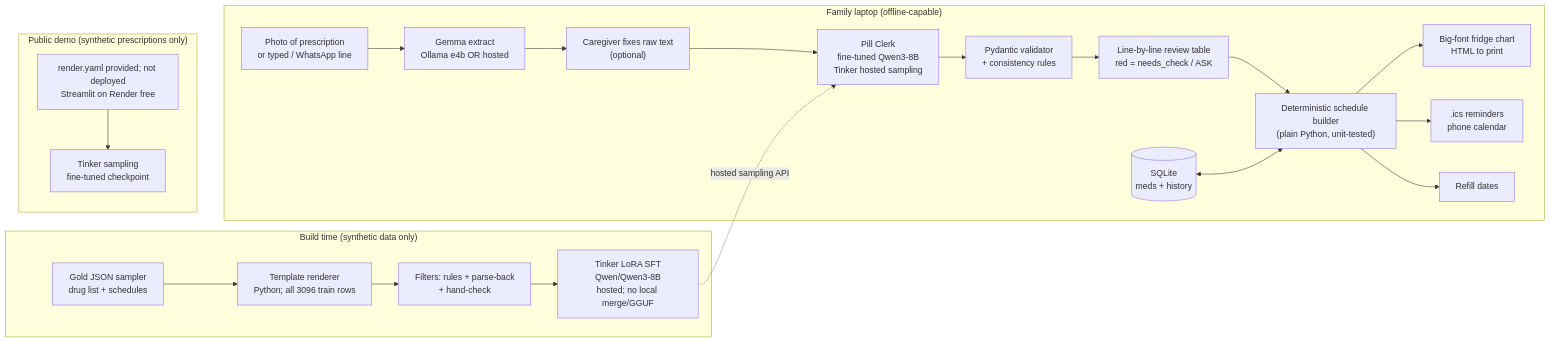
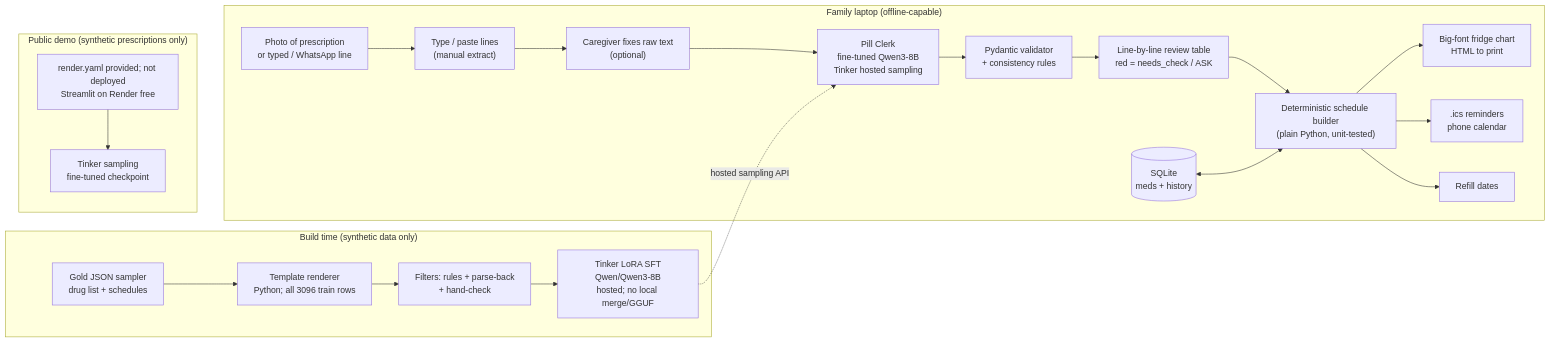
Before and after one commit to Vedant817/aaji-pill-clerk: the first of 4 diagrams in IDEA.md, drawn with Mermaid. The commit also changed other lines of this file and 18 other files, not shown here.

````diff
--- a/IDEA.md
+++ b/IDEA.md
@@ -138,27 +138,27 @@
 ```mermaid
 flowchart LR
     subgraph HOME["Family laptop (offline-capable)"]
-        IN["Photo of prescription<br/>or typed / WhatsApp line"] --> OCR["Gemma extract<br/>Ollama e4b OR hosted"]
+        IN["Photo of prescription<br/>or typed / WhatsApp line"] --> OCR["Type / paste lines<br/>(manual extract)"]
         OCR --> REV1["Caregiver fixes raw text<br/>(optional)"]
         REV1 --> PC["Pill Clerk<br/>fine-tuned Qwen3-8B<br/>Tinker hosted sampling"]
         PC --> VAL["Pydantic validator<br/>+ consistency rules"]
         VAL --> REV2["Line-by-line review table<br/>red = needs_check / ASK"]
         REV2 --> SCH["Deterministic schedule builder<br/>(plain Python, unit-tested)"]
         SCH --> CHART["Big-font fridge chart<br/>HTML to print"]
         SCH --> ICS[".ics reminders<br/>phone calendar"]
         SCH --> REFILL["Refill dates"]
         DB[("SQLite<br/>meds + history")] <--> SCH
     end
 
     subgraph BUILD["Build time (synthetic data only)"]
         SAMP["Gold JSON sampler<br/>drug list + schedules"] --> TPL["Template renderer<br/>Python; all 3096 train rows"]
         TPL --> FILT["Filters: rules + parse-back<br/>+ hand-check"]
         FILT --> TK["Tinker LoRA SFT<br/>Qwen/Qwen3-8B<br/>hosted; no local merge/GGUF"]
     end
 
     TK -.->|"hosted sampling API"| PC
 
     subgraph CLOUD["Public demo (synthetic prescriptions only)"]
         APP["render.yaml provided; not deployed<br/>Streamlit on Render free"] --> TKS["Tinker sampling<br/>fine-tuned checkpoint"]
     end
 ```
````
